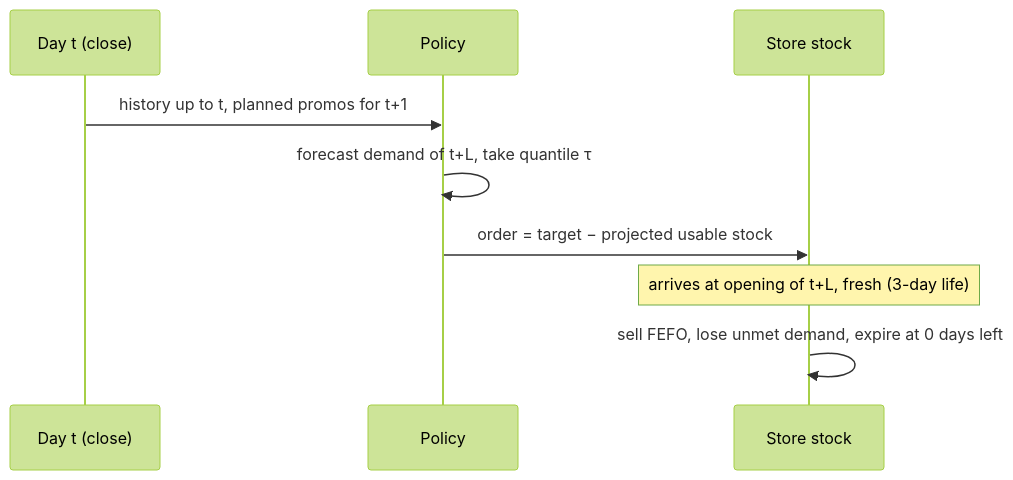
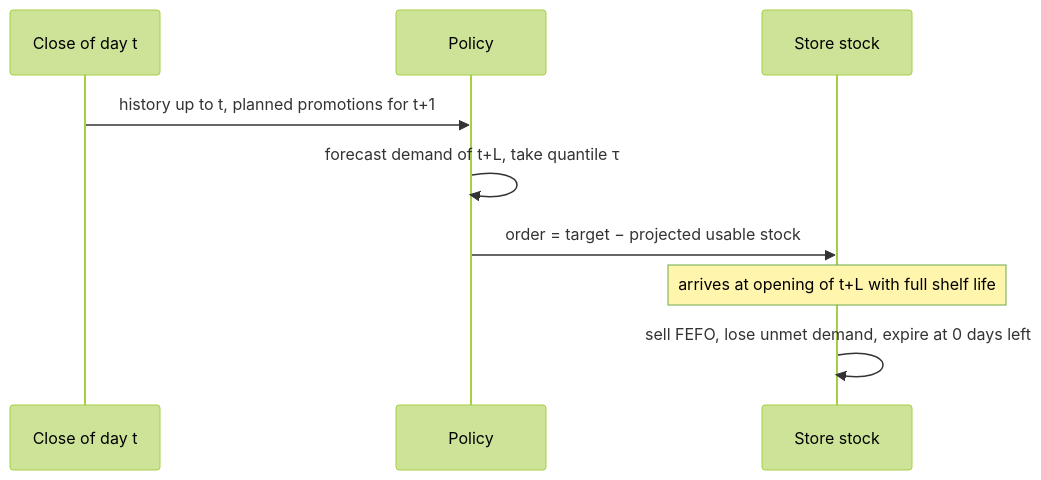
The second of 2 diagrams in README.md (eirinitzortzidou/freshguard-ai), drawn with Mermaid (forest theme) before and after one commit. The commit also changed other lines of this file and 72 other files, not shown here.

````diff
--- a/README.md
+++ b/README.md
@@ -82,11 +90,11 @@
 ```mermaid
 sequenceDiagram
-    participant D as Day t (close)
+    participant D as Close of day t
     participant P as Policy
     participant S as Store stock
-    D->>P: history up to t, planned promos for t+1
+    D->>P: history up to t, planned promotions for t+1
     P->>P: forecast demand of t+L, take quantile τ
     P->>S: order = target − projected usable stock
-    Note over S: arrives at opening of t+L, fresh (3-day life)
+    Note over S: arrives at opening of t+L with full shelf life
     S->>S: sell FEFO, lose unmet demand, expire at 0 days left
 ```
````
